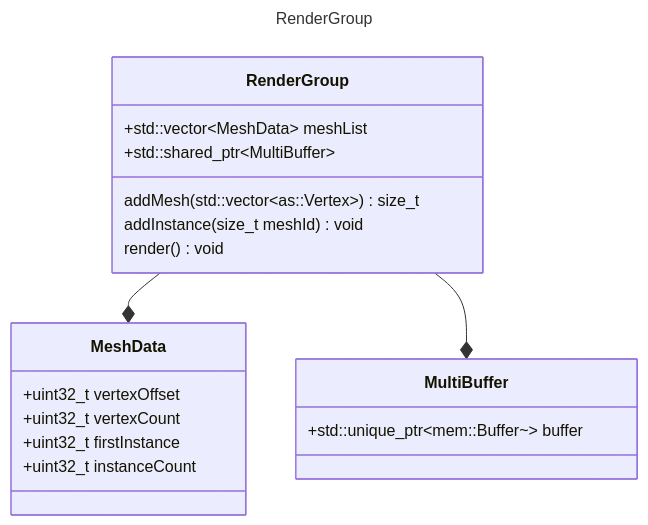
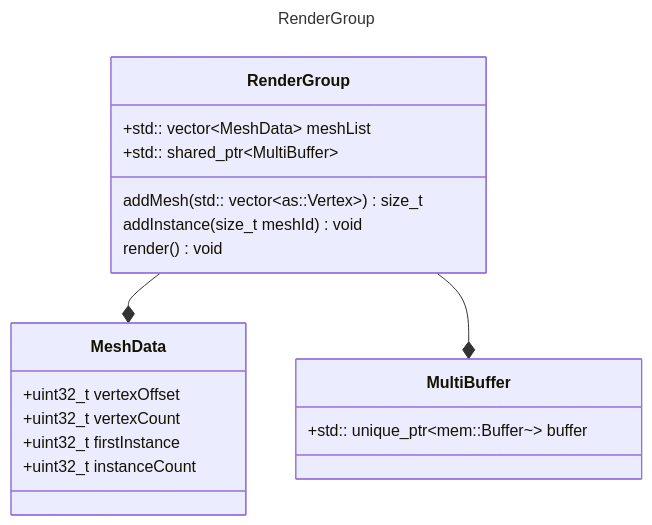
The third of 6 diagrams in design.md (matt328/triton), drawn with Mermaid before and after one commit. The commit also changed other lines of this file and 43 other files, not shown here.

````diff
--- a/design.md
+++ b/design.md
@@ -375,29 +392,28 @@
 ```mermaid
 ---
 title: RenderGroup
 ---
 classDiagram
+    class RenderGroup {
+        addMesh(std:: vector~as::Vertex~) size_t
+        addInstance(size_t meshId) void
+        render() void
+        +std:: vector~MeshData~ meshList
+        +std:: shared_ptr~MultiBuffer~
+    }
 
-class RenderGroup {
-   addMesh(std::vector~as::Vertex~) size_t
-   addInstance(size_t meshId) void
-   render() void
-   +std::vector~MeshData~ meshList
-   +std::shared_ptr~MultiBuffer~
-}
+    class MeshData {
+        +uint32_t vertexOffset
+        +uint32_t vertexCount
+        +uint32_t firstInstance
+        +uint32_t instanceCount
+    }
 
-class MeshData {
-   +uint32_t vertexOffset
-   +uint32_t vertexCount
-   +uint32_t firstInstance
-   +uint32_t instanceCount
-}
+    class MultiBuffer {
+        +std:: unique_ptr~mem::Buffer~~ buffer
+    }
 
-class MultiBuffer {
-   +std::unique_ptr~mem::Buffer~~ buffer
-}
+    RenderGroup --* MeshData
+    RenderGroup --* MultiBuffer
 
-RenderGroup --* MeshData
-RenderGroup --* MultiBuffer
-   
 ```
````
